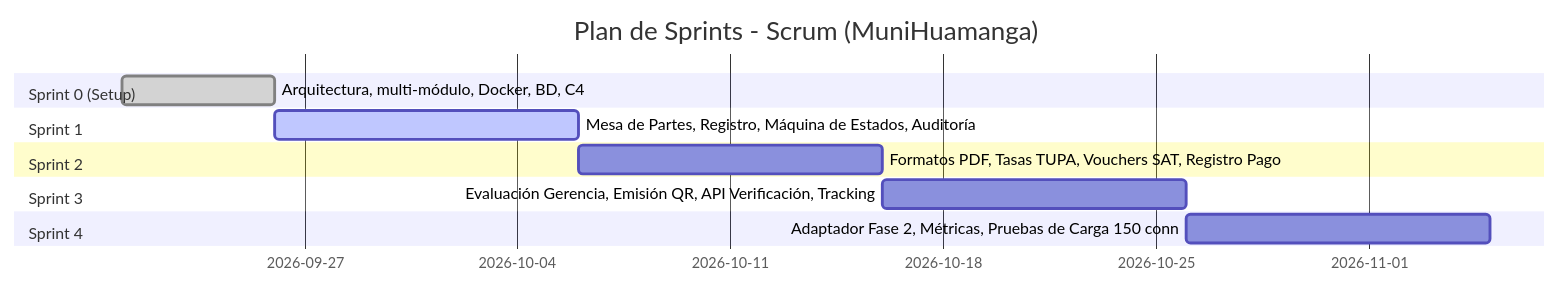
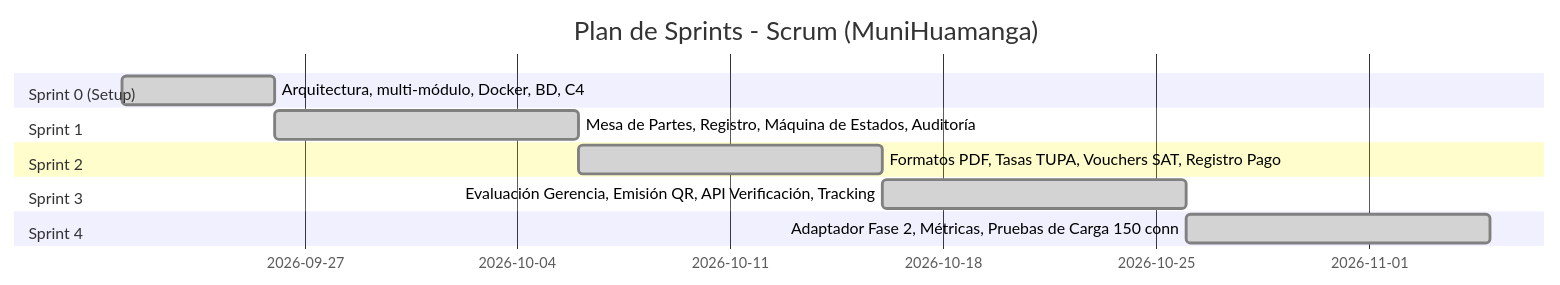
Before and after one commit to Issirc20/MuniHuamanga: the diagram in docs/scrum/product-backlog.md, drawn with Mermaid. The commit also changed other lines of this file and 20 other files, not shown here.

Commit message:
feat(sprint-4): adaptador integracion fase 2, metricas prometheus y pruebas de carga 150 usuarios

````diff
--- a/docs/scrum/product-backlog.md
+++ b/docs/scrum/product-backlog.md
@@ -45,15 +45,15 @@
 ```mermaid
 gantt
     title Plan de Sprints - Scrum (MuniHuamanga)
     dateFormat  YYYY-MM-DD
     section Sprint 0 (Setup)
     Arquitectura, multi-módulo, Docker, BD, C4       :done, 2026-09-21, 5d
     section Sprint 1
-    Mesa de Partes, Registro, Máquina de Estados, Auditoría :active, 2026-09-26, 10d
+    Mesa de Partes, Registro, Máquina de Estados, Auditoría :done, 2026-09-26, 10d
     section Sprint 2
-    Formatos PDF, Tasas TUPA, Vouchers SAT, Registro Pago   :2026-10-06, 10d
+    Formatos PDF, Tasas TUPA, Vouchers SAT, Registro Pago   :done, 2026-10-06, 10d
     section Sprint 3
-    Evaluación Gerencia, Emisión QR, API Verificación, Tracking :2026-10-16, 10d
+    Evaluación Gerencia, Emisión QR, API Verificación, Tracking :done, 2026-10-16, 10d
     section Sprint 4
-    Adaptador Fase 2, Métricas, Pruebas de Carga 150 conn   :2026-10-26, 10d
+    Adaptador Fase 2, Métricas, Pruebas de Carga 150 conn   :done, 2026-10-26, 10d
 ```
````
